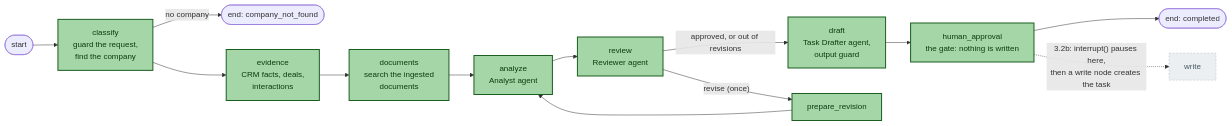
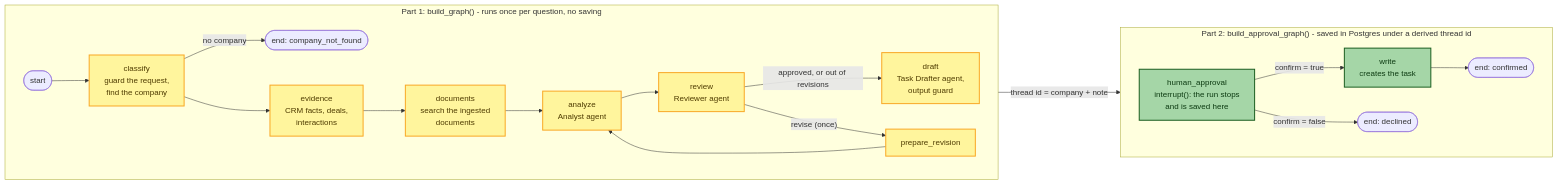
One commit to dsailajakrishna0-ship-it/customer-compass-v3 changed the diagram in docs/diagrams/stage3-agent-graph.mmd. Above: the diagram before and after it, drawn with Mermaid. The commit also changed 15 other files, not shown here.

First line of the commit message:
Stage 3.2b: a paused agent run is saved in Postgres and resumed by Confirm (#52)

```diff
--- a/docs/diagrams/stage3-agent-graph.mmd
+++ b/docs/diagrams/stage3-agent-graph.mmd
@@ -1,17 +1,24 @@
 flowchart LR
-    S(["start"]) --> C["classify<br/>guard the request,<br/>find the company"]
-    C -->|"no company"| E1(["end: company_not_found"])
-    C --> EV["evidence<br/>CRM facts, deals,<br/>interactions"]
-    EV --> DO["documents<br/>search the ingested<br/>documents"]
-    DO --> AN["analyze<br/>Analyst agent"]
-    AN --> RV["review<br/>Reviewer agent"]
-    RV -->|"approved, or out of revisions"| DR["draft<br/>Task Drafter agent,<br/>output guard"]
-    RV -->|"revise (once)"| PR["prepare_revision"]
-    PR --> AN
-    DR --> HA["human_approval<br/>the gate: nothing is written"]
-    HA --> E2(["end: completed"])
-    HA -.->|"3.2b: interrupt() pauses here,<br/>then a write node creates the task"| W["write"]
+    subgraph P1["Part 1: build_graph() - runs once per question, no saving"]
+        direction LR
+        S(["start"]) --> C["classify<br/>guard the request,<br/>find the company"]
+        C -->|"no company"| E1(["end: company_not_found"])
+        C --> EV["evidence<br/>CRM facts, deals,<br/>interactions"]
+        EV --> DO["documents<br/>search the ingested<br/>documents"]
+        DO --> AN["analyze<br/>Analyst agent"]
+        AN --> RV["review<br/>Reviewer agent"]
+        RV -->|"approved, or out of revisions"| DR["draft<br/>Task Drafter agent,<br/>output guard"]
+        RV -->|"revise (once)"| PR["prepare_revision"]
+        PR --> AN
+    end
+    subgraph P2["Part 2: build_approval_graph() - saved in Postgres under a derived thread id"]
+        direction LR
+        HA["human_approval<br/>interrupt(): the run stops<br/>and is saved here"] -->|"confirm = true"| W["write<br/>creates the task"]
+        HA -->|"confirm = false"| E3(["end: declined"])
+        W --> E4(["end: confirmed"])
+    end
+    DR -->|"thread id = company + note"| HA
     classDef new fill:#a5d6a7,stroke:#1b5e20,stroke-width:2px,color:#0d3b12
-    classDef later fill:#eceff1,stroke:#b0bec5,stroke-dasharray:4 3,color:#455a64
-    class C,EV,DO,AN,RV,PR,DR,HA new
-    class W later
+    classDef chg fill:#fff59d,stroke:#f9a825,stroke-width:2px,color:#4e3b00
+    class C,EV,DO,AN,RV,PR,DR chg
+    class HA,W new
```
